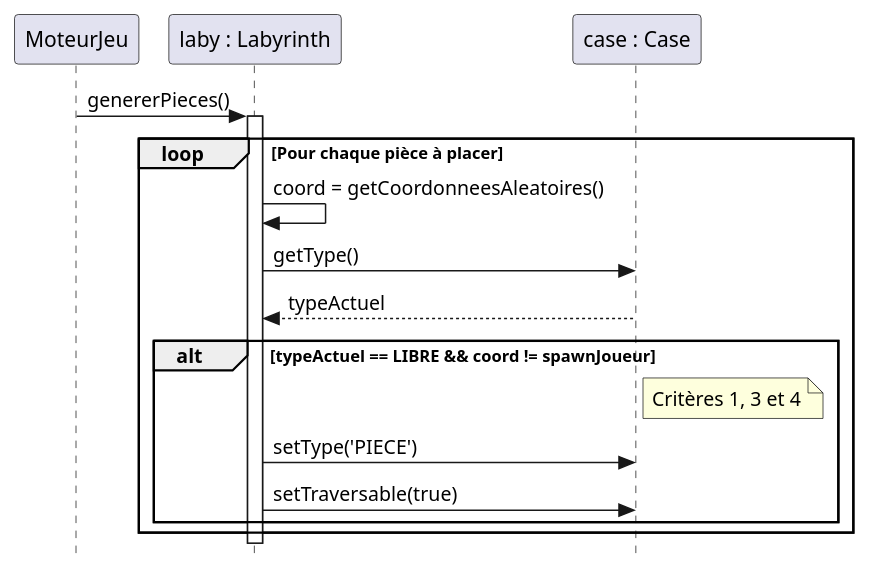
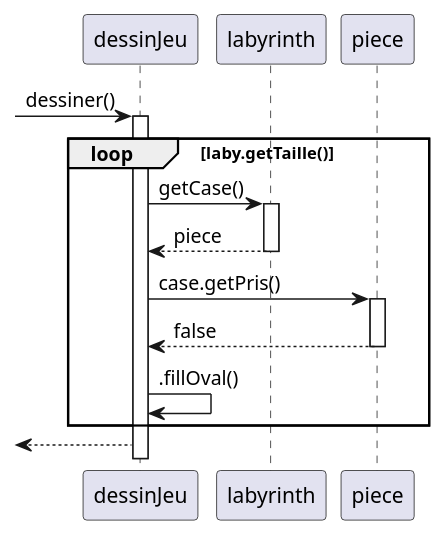
Before and after one commit to Zayd54500/2026_COO_Zeldiablo_ZB_VJ_HD_MM: the diagram in projet_zeldiablo/documents/version_4/DiagrammeSequenceAffichagePiece.puml, drawn with PlantUML. The commit also changed 2 other files, not shown here.

Commit message:
Modification Diagramme sequence

```diff
--- a/projet_zeldiablo/documents/version_4/DiagrammeSequenceAffichagePiece.puml
+++ b/projet_zeldiablo/documents/version_4/DiagrammeSequenceAffichagePiece.puml
@@ -1,25 +1,23 @@
 @startuml
-hide footbox
-skinparam style strictuml
 
-participant "MoteurJeu" as Moteur
-participant "laby : Labyrinth" as Laby
-participant "case : Case" as C
+participant "dessinJeu" as dessin
+participant "labyrinth" as laby
+participant "piece" as p
+-> dessin : dessiner()
+activate dessin
+loop laby.getTaille()
+    dessin -> laby : getCase()
+    activate laby
+    laby --> dessin : piece
+    deactivate laby
+    dessin -> p : case.getPris()
+    activate p
+    p --> dessin : false
+    deactivate p
 
-Moteur -> Laby : genererPieces()
-activate Laby
+    dessin -> dessin : .fillOval()
+end
+<-- dessin
+deactivate laby
 
-loop Pour chaque pièce à placer
-    Laby -> Laby : coord = getCoordonneesAleatoires()
-    Laby -> C : getType()
-    C --> Laby : typeActuel
-    
-    alt typeActuel == LIBRE && coord != spawnJoueur
-        note right of C : Critères 1, 3 et 4
-        Laby -> C : setType('PIECE')
-        Laby -> C : setTraversable(true)
-    end
-end
-
-deactivate Laby
 @enduml
```
